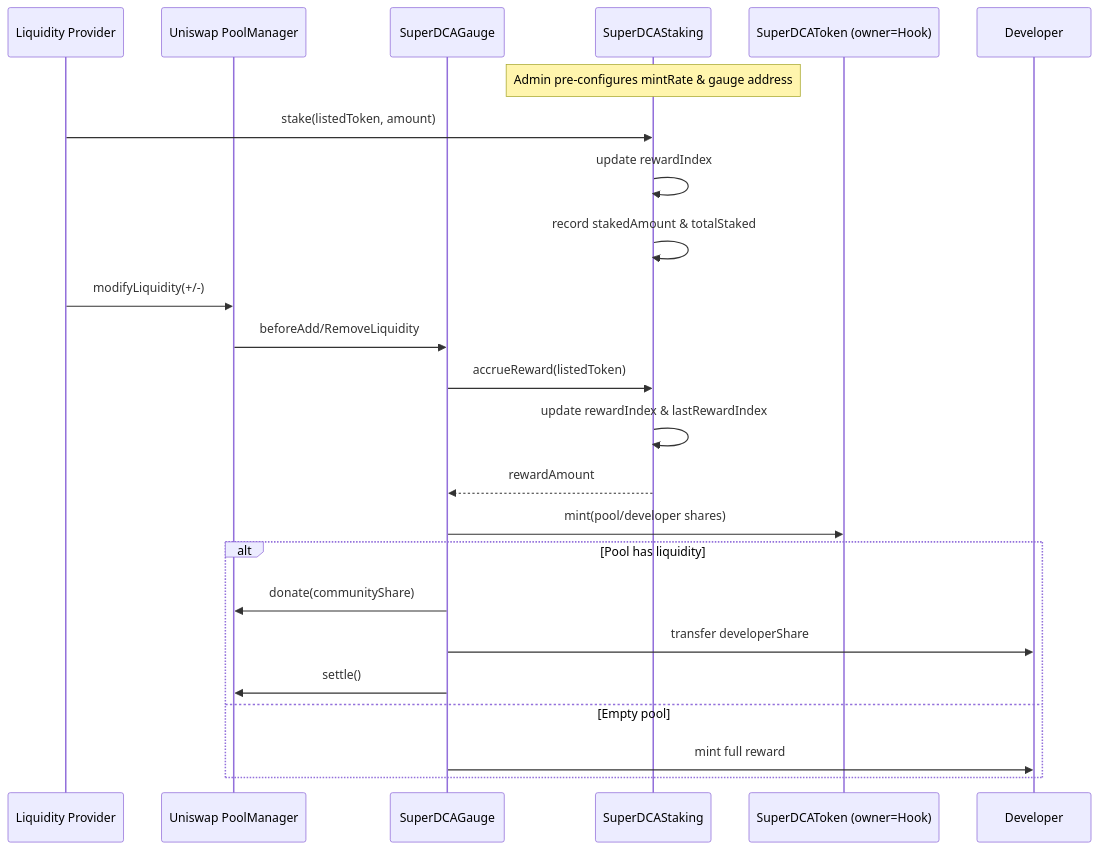
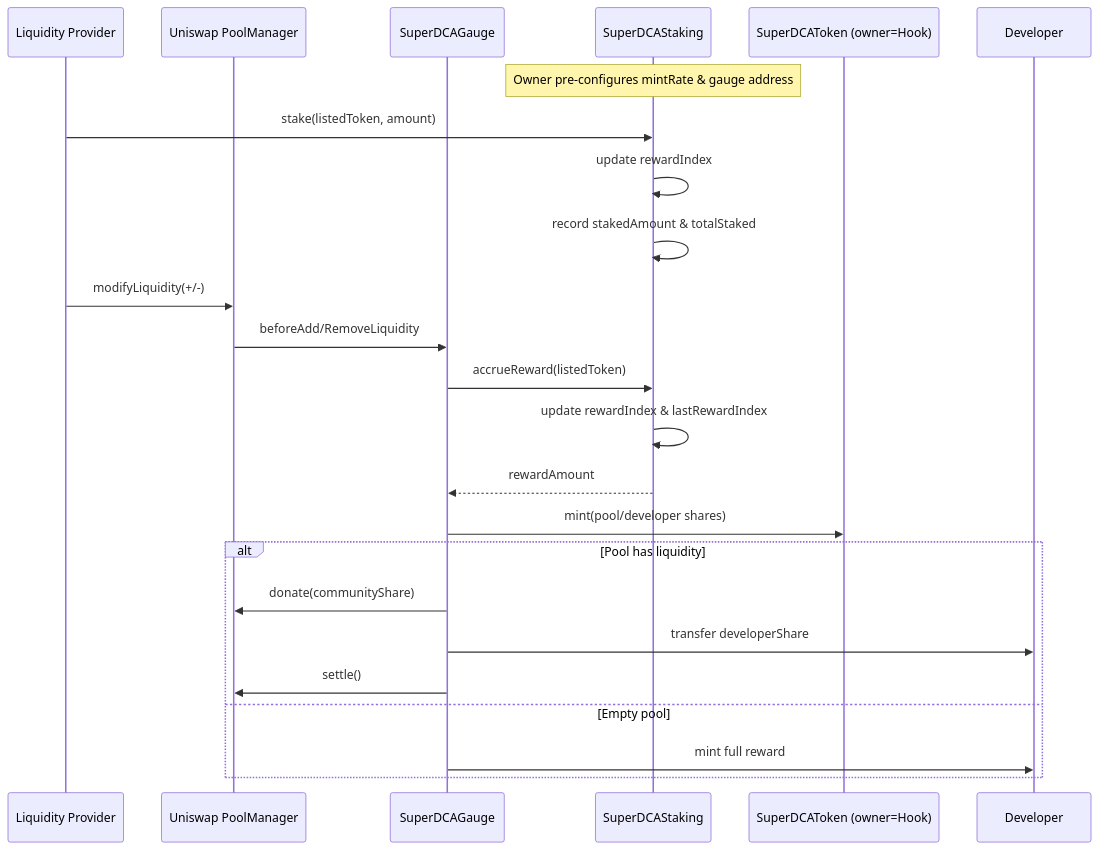
The diagram in docs/security/diagrams/stake-reward-distribution.md (Super-DCA-Tech/super-dca-gauge), drawn with Mermaid before and after one commit. The commit also changed 3 other files, not shown here.

````diff
--- a/docs/security/diagrams/stake-reward-distribution.md
+++ b/docs/security/diagrams/stake-reward-distribution.md
@@ -1,29 +1,29 @@
 ```mermaid
 sequenceDiagram
     participant LP as Liquidity Provider
     participant PM as Uniswap PoolManager
     participant Hook as SuperDCAGauge
     participant Stake as SuperDCAStaking
     participant Token as SuperDCAToken (owner=Hook)
     participant Dev as Developer
 
-    Note over Stake: Admin pre-configures mintRate & gauge address
+    Note over Stake: Owner pre-configures mintRate & gauge address
 
     LP->>Stake: stake(listedToken, amount)
     Stake->>Stake: update rewardIndex
     Stake->>Stake: record stakedAmount & totalStaked
 
     LP->>PM: modifyLiquidity(+/-)
     PM->>Hook: beforeAdd/RemoveLiquidity
     Hook->>Stake: accrueReward(listedToken)
     Stake->>Stake: update rewardIndex & lastRewardIndex
     Stake-->>Hook: rewardAmount
     Hook->>Token: mint(pool/developer shares)
     alt Pool has liquidity
         Hook->>PM: donate(communityShare)
         Hook->>Dev: transfer developerShare
         Hook->>PM: settle()
     else Empty pool
         Hook->>Dev: mint full reward
     end
 ```
````
